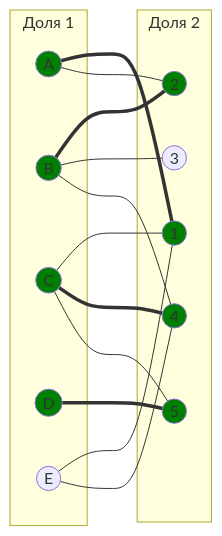
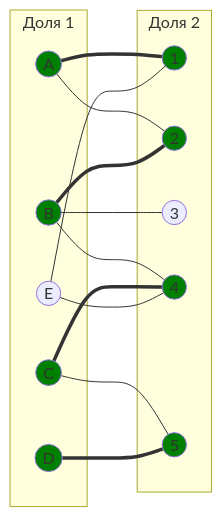
One commit to algos-ris-24-3/manual-tasks changed diagram 11 of 16 in Задание 8/syndicate.md. Above: the diagram before and after it, drawn with Mermaid. The commit also changed other lines of this file, not shown here.

````diff
--- a/Задание 8/syndicate.md
+++ b/Задание 8/syndicate.md
@@ -451,37 +451,36 @@
 ```mermaid
 graph LR
     subgraph "Доля 1"
         A((A))
         B((B))
         C((C))
         D((D))
         E((E))
     end
     subgraph "Доля 2"
         1((1))
         2((2))
         3((3))
         4((4))
         5((5))
     end
     A === 1
     A --- 2
     B === 2
     B --- 3
     B --- 4
-    C --- 1
     C === 4
     C --- 5
     D === 5
     E --- 1
     E --- 4
 
     style A fill:#008000
     style B fill:#008000
     style C fill:#008000
     style D fill:#008000
     style 1 fill:#008000
     style 2 fill:#008000
     style 4 fill:#008000
     style 5 fill:#008000
 ```
````
